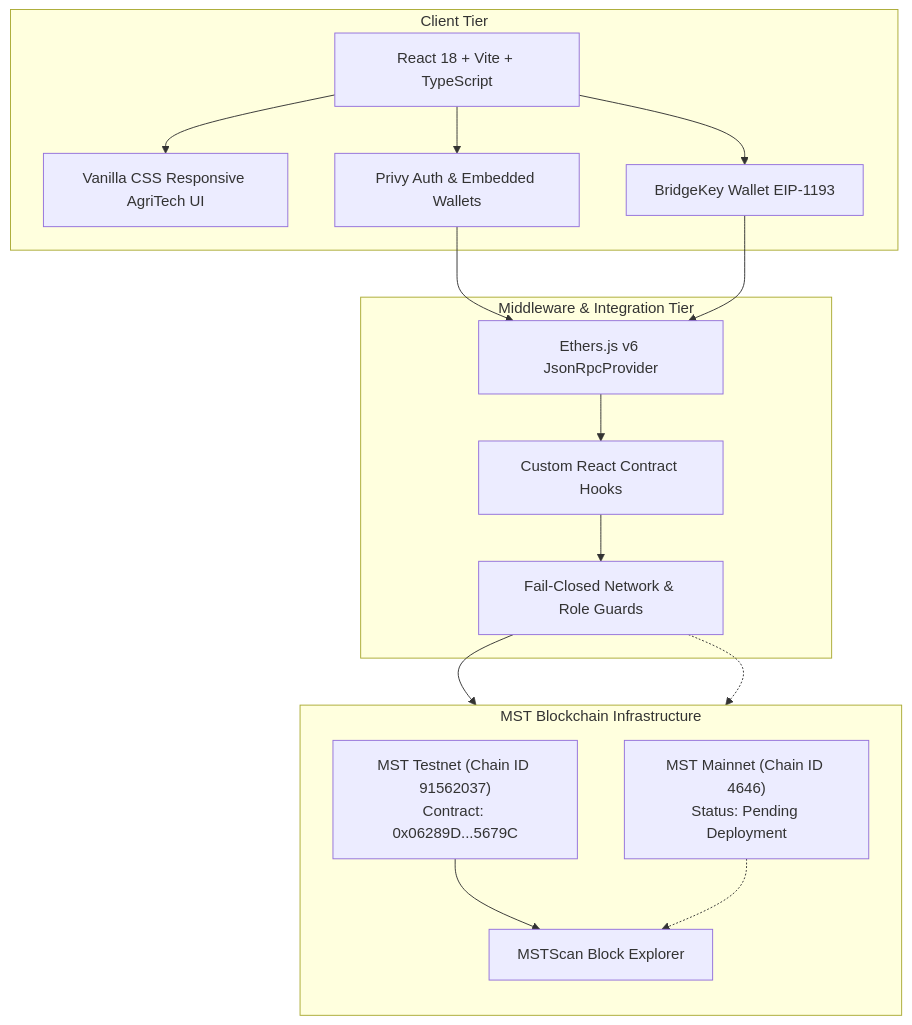
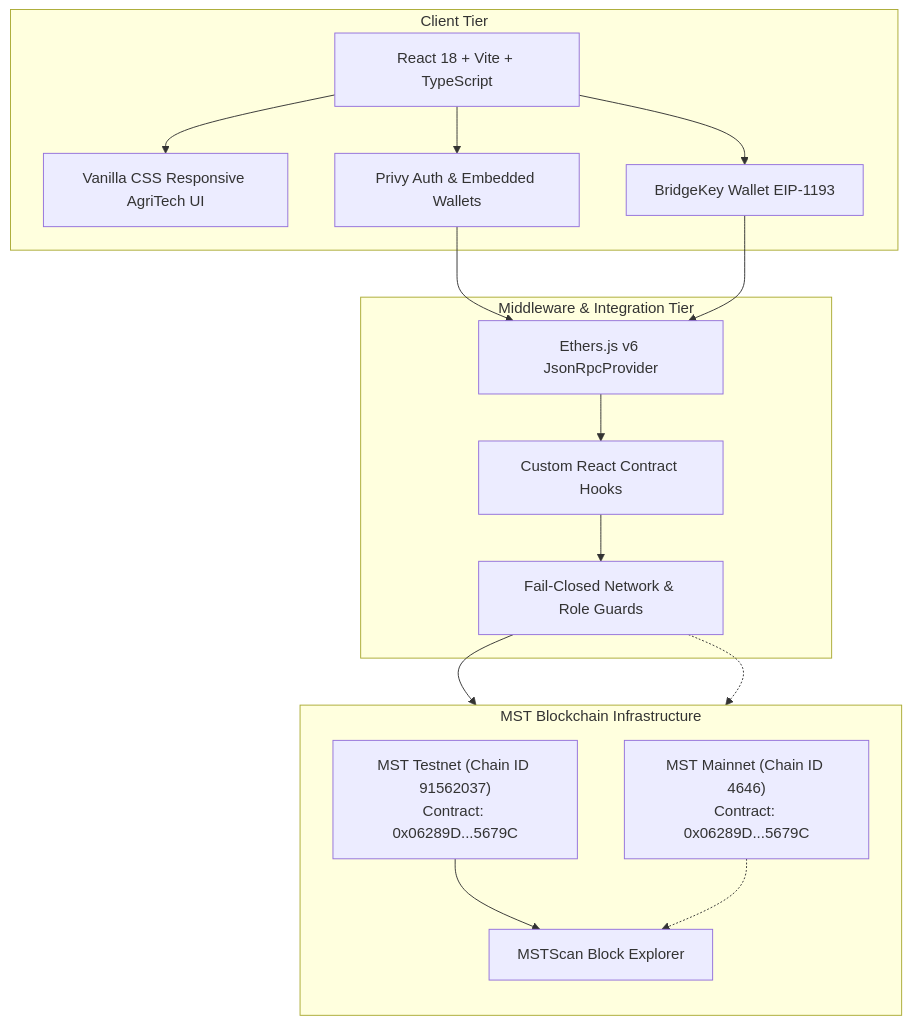
One commit to RASHISADIYA/MandiMint changed the second of 2 diagrams in README.md. Above: the diagram before and after it, drawn with Mermaid. The commit also changed other lines of this file and 8 other files, not shown here.

Commit message:
docs: verify MST mainnet deployment and update frontend configuration

````diff
--- a/README.md
+++ b/README.md
@@ -143,34 +146,34 @@
 ```mermaid
 graph TD
     subgraph Client Tier
         UI[React 18 + Vite + TypeScript]
         CSS[Vanilla CSS Responsive AgriTech UI]
         Privy[Privy Auth & Embedded Wallets]
         BK[BridgeKey Wallet EIP-1193]
     end
 
     subgraph Middleware & Integration Tier
         Ethers[Ethers.js v6 JsonRpcProvider]
         Hooks[Custom React Contract Hooks]
         Guards[Fail-Closed Network & Role Guards]
     end
 
     subgraph MST Blockchain Infrastructure
         direction TB
         Testnet["MST Testnet (Chain ID 91562037)<br/>Contract: 0x06289D...5679C"]
-        Mainnet["MST Mainnet (Chain ID 4646)<br/>Status: Pending Deployment"]
+        Mainnet["MST Mainnet (Chain ID 4646)<br/>Contract: 0x06289D...5679C"]
         Scan["MSTScan Block Explorer"]
     end
 
     UI --> Privy
     UI --> BK
     Privy --> Ethers
     BK --> Ethers
     UI --> CSS
     Ethers --> Hooks
     Hooks --> Guards
     Guards --> Testnet
     Guards -.-> Mainnet
     Testnet --> Scan
     Mainnet -.-> Scan
 ```
````
